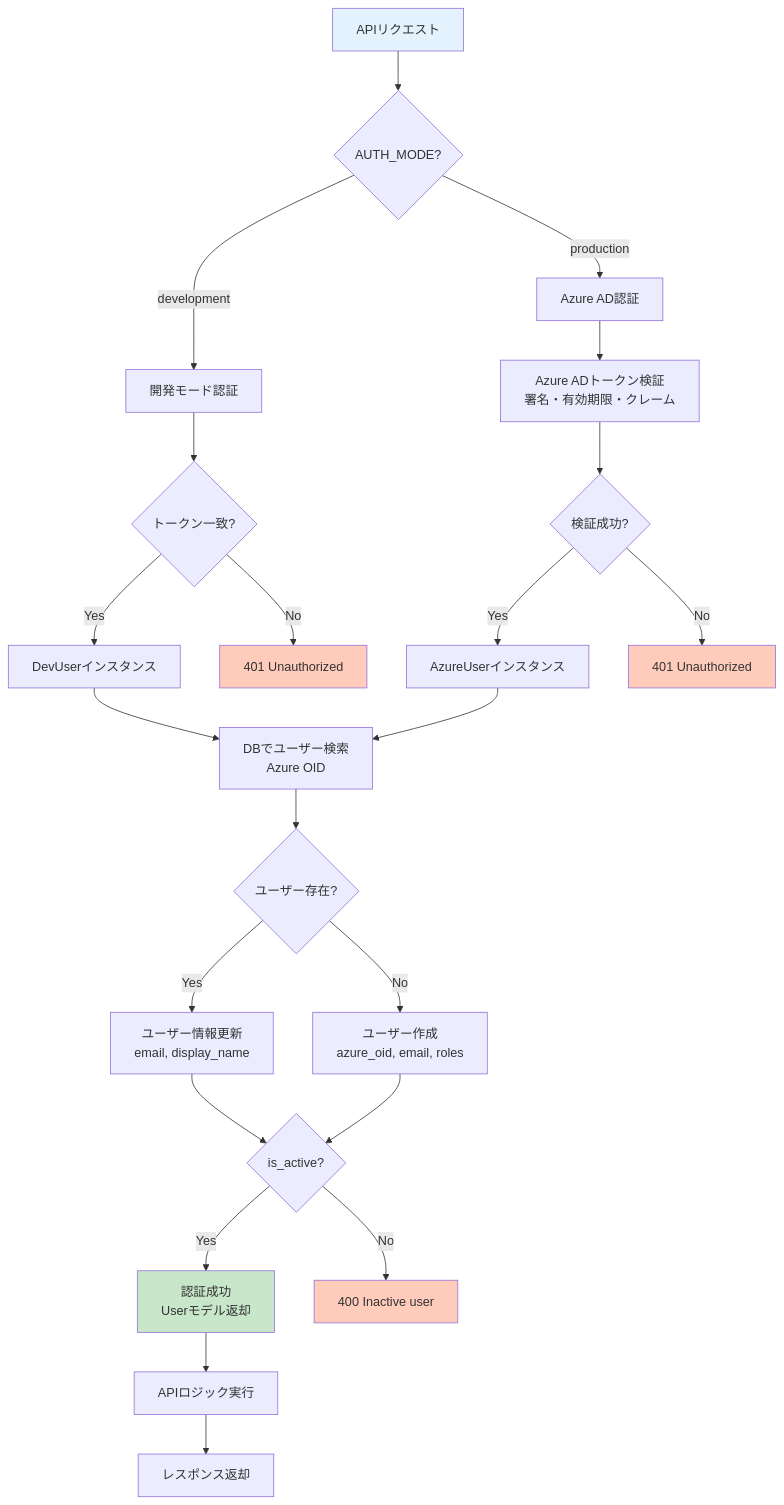
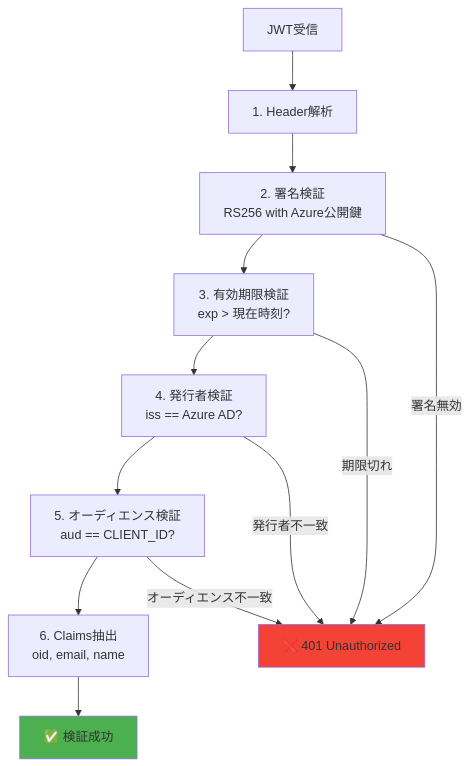
The fourth of 9 diagrams in docs/specifications/03-security/02-authentication-design.md (nomura-koshiro/genai-app-docs), drawn with Mermaid before and after one commit. The commit also changed other lines of this file and 35 other files, not shown here.

````diff
--- a/docs/specifications/03-security/02-authentication-design.md
+++ b/docs/specifications/03-security/02-authentication-design.md
@@ -527,40 +367,18 @@
 ```mermaid
 graph TB
-    Start[APIリクエスト]
+    Start[JWT受信] --> Step1[1. Header解析]
+    Step1 --> Step2[2. 署名検証<br/>RS256 with Azure公開鍵]
+    Step2 --> Step3[3. 有効期限検証<br/>exp > 現在時刻?]
+    Step3 --> Step4[4. 発行者検証<br/>iss == Azure AD?]
+    Step4 --> Step5[5. オーディエンス検証<br/>aud == CLIENT_ID?]
+    Step5 --> Step6[6. Claims抽出<br/>oid, email, name]
+    Step6 --> Success[✅ 検証成功]
 
-    Start --> CheckAuthMode{AUTH_MODE?}
+    Step2 -->|署名無効| Fail[❌ 401 Unauthorized]
+    Step3 -->|期限切れ| Fail
+    Step4 -->|発行者不一致| Fail
+    Step5 -->|オーディエンス不一致| Fail
 
-    CheckAuthMode -->|development| DevAuth[開発モード認証]
-    CheckAuthMode -->|production| AzureAuth[Azure AD認証]
-
-    DevAuth --> DevTokenCheck{トークン一致?}
-    DevTokenCheck -->|Yes| DevUser[DevUserインスタンス]
-    DevTokenCheck -->|No| Unauthorized1[401 Unauthorized]
-
-    AzureAuth --> AzureTokenValidation[Azure ADトークン検証<br/>署名・有効期限・クレーム]
-    AzureTokenValidation --> AzureTokenValid{検証成功?}
-    AzureTokenValid -->|Yes| AzureUser[AzureUserインスタンス]
-    AzureTokenValid -->|No| Unauthorized2[401 Unauthorized]
-
-    DevUser --> DBLookup[DBでユーザー検索<br/>Azure OID]
-    AzureUser --> DBLookup
-
-    DBLookup --> UserExists{ユーザー存在?}
-    UserExists -->|Yes| UpdateUser[ユーザー情報更新<br/>email, display_name]
-    UserExists -->|No| CreateUser[ユーザー作成<br/>azure_oid, email, roles]
-
-    UpdateUser --> CheckActive{is_active?}
-    CreateUser --> CheckActive
-
-    CheckActive -->|Yes| Success[認証成功<br/>Userモデル返却]
-    CheckActive -->|No| Forbidden[400 Inactive user]
-
-    Success --> APILogic[APIロジック実行]
-    APILogic --> Response[レスポンス返却]
-
-    style Start fill:#e3f2fd
-    style Success fill:#c8e6c9
-    style Unauthorized1 fill:#ffccbc
-    style Unauthorized2 fill:#ffccbc
-    style Forbidden fill:#ffccbc
+    style Success fill:#4CAF50
+    style Fail fill:#F44336
 ```
````
